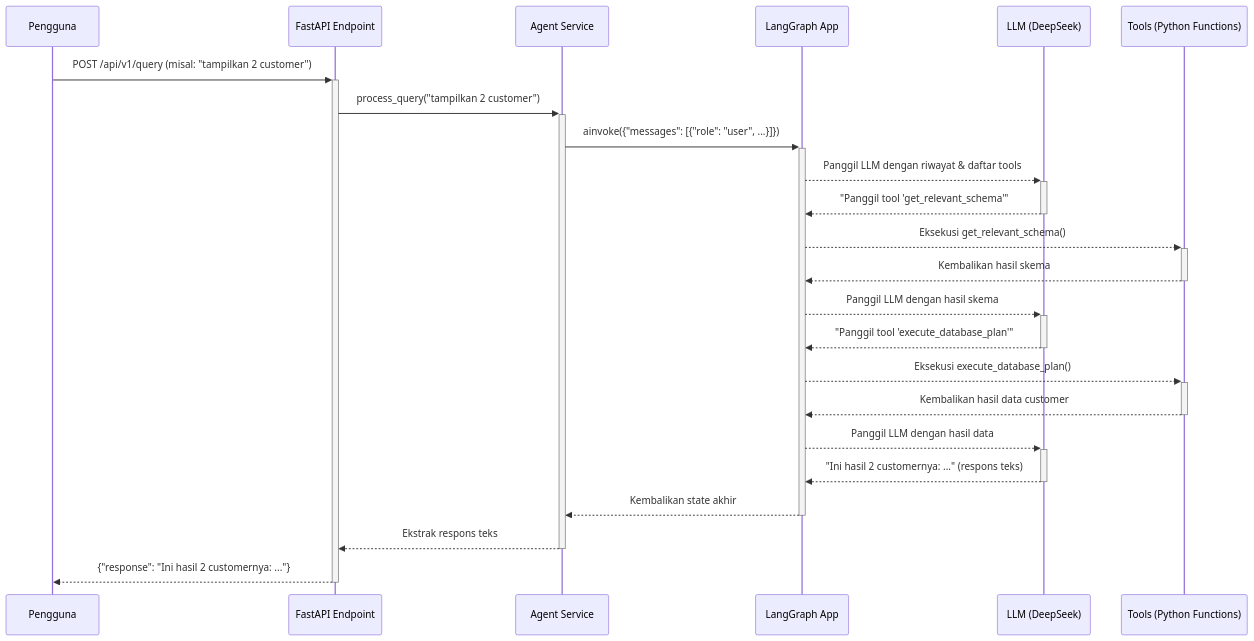
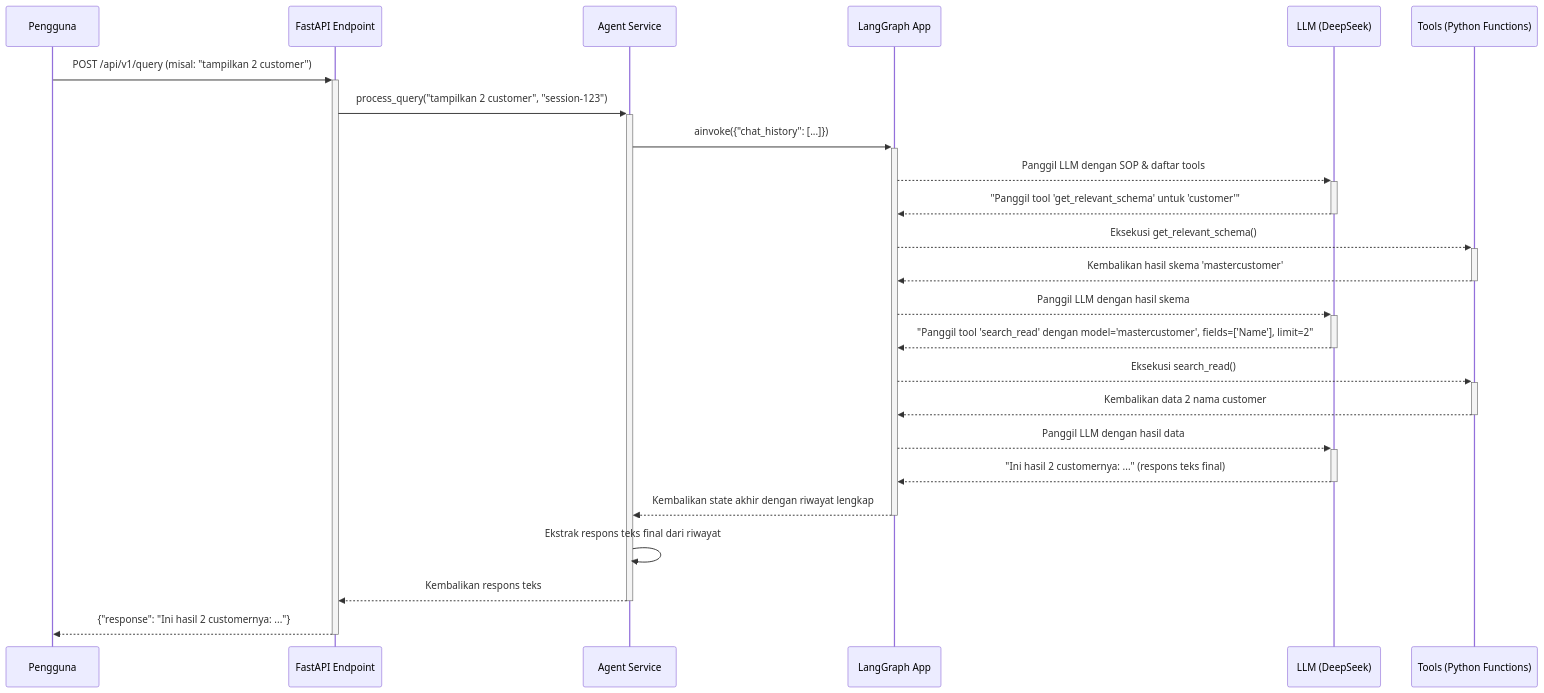
One commit to spraygospel/SIM_financial_agent changed the diagram in docs/tambahan/10_memory.md. Above: the diagram before and after it, drawn with Mermaid. The commit also changed other lines of this file and 11 other files, not shown here.

````diff
--- a/docs/tambahan/10_memory.md
+++ b/docs/tambahan/10_memory.md
@@ -130,32 +132,33 @@
 ```mermaid
 sequenceDiagram
     participant User as Pengguna
     participant API as FastAPI Endpoint
     participant Service as Agent Service
     participant LG as LangGraph App
     participant LLM as LLM (DeepSeek)
     participant Tools as Tools (Python Functions)
 
     User->>+API: POST /api/v1/query (misal: "tampilkan 2 customer")
-    API->>+Service: process_query("tampilkan 2 customer")
-    Service->>+LG: ainvoke({"messages": [{"role": "user", ...}]})
-    
-    LG-->>+LLM: Panggil LLM dengan riwayat & daftar tools
-    LLM-->>-LG: "Panggil tool 'get_relevant_schema'"
-    
+    API->>+Service: process_query("tampilkan 2 customer", "session-123")
+    Service->>+LG: ainvoke({"chat_history": [...]})
+
+    LG-->>+LLM: Panggil LLM dengan SOP & daftar tools
+    LLM-->>-LG: "Panggil tool 'get_relevant_schema' untuk 'customer'"
+
     LG-->>+Tools: Eksekusi get_relevant_schema()
-    Tools-->>-LG: Kembalikan hasil skema
-    
+    Tools-->>-LG: Kembalikan hasil skema 'mastercustomer'
+
     LG-->>+LLM: Panggil LLM dengan hasil skema
-    LLM-->>-LG: "Panggil tool 'execute_database_plan'"
-    
-    LG-->>+Tools: Eksekusi execute_database_plan()
-    Tools-->>-LG: Kembalikan hasil data customer
-    
+    LLM-->>-LG: "Panggil tool 'search_read' dengan model='mastercustomer', fields=['Name'], limit=2"
+
+    LG-->>+Tools: Eksekusi search_read()
+    Tools-->>-LG: Kembalikan data 2 nama customer
+
     LG-->>+LLM: Panggil LLM dengan hasil data
-    LLM-->>-LG: "Ini hasil 2 customernya: ..." (respons teks)
+    LLM-->>-LG: "Ini hasil 2 customernya: ..." (respons teks final)
 
-    LG-->>-Service: Kembalikan state akhir
-    Service-->>-API: Ekstrak respons teks
+    LG-->>-Service: Kembalikan state akhir dengan riwayat lengkap
+    Service->>Service: Ekstrak respons teks final dari riwayat
+    Service-->>-API: Kembalikan respons teks
     API-->>-User: {"response": "Ini hasil 2 customernya: ..."}
 ```
````
